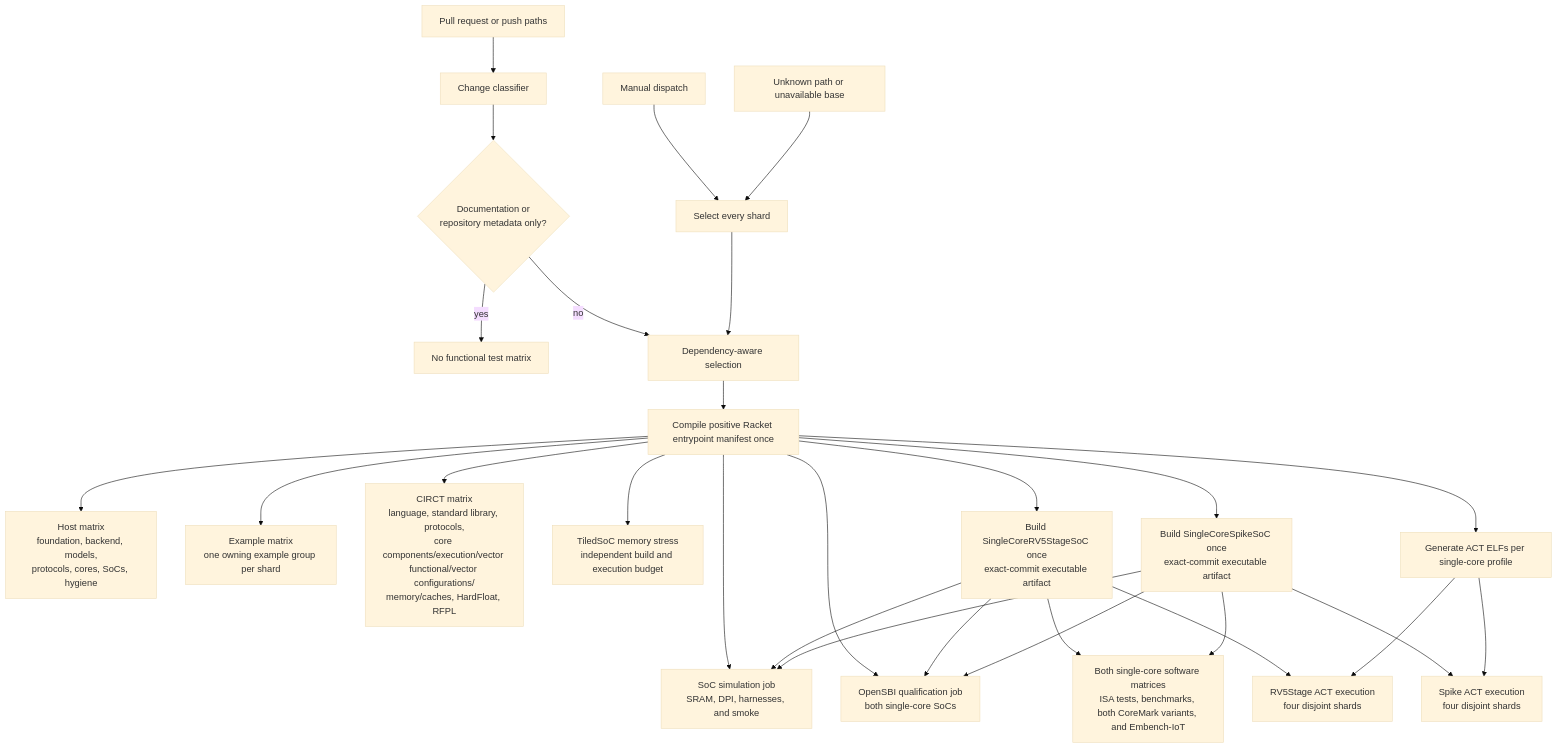
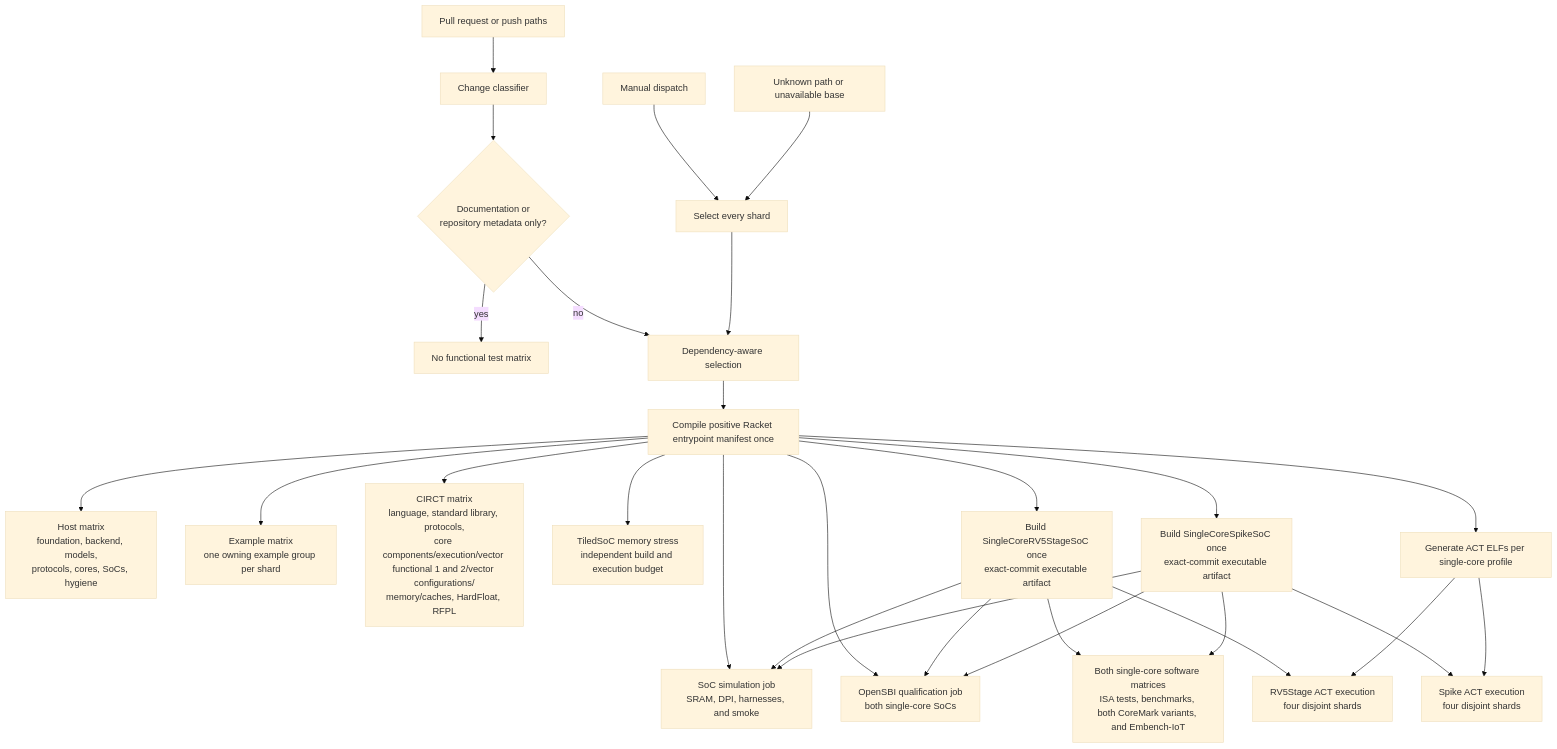
The diagram in tools/testing/DEVELOPING.md (jerryz123/rhodium), drawn with Mermaid (base theme) before and after one commit. The commit also changed other lines of this file and 6 other files, not shown here.

````diff
--- a/tools/testing/DEVELOPING.md
+++ b/tools/testing/DEVELOPING.md
@@ -87,30 +87,30 @@
 ```mermaid
 flowchart TD
     Changes["Pull request or push paths"] --> Classifier["Change classifier"]
     Manual["Manual dispatch"] --> All["Select every shard"]
     Unknown["Unknown path or unavailable base"] --> All
     Classifier --> Docs{"Documentation or<br/>repository metadata only?"}
     Docs -->|yes| None["No functional test matrix"]
     Docs -->|no| Selected["Dependency-aware selection"]
     All --> Selected
     Selected --> Compile["Compile positive Racket entrypoint manifest once"]
     Compile --> Host["Host matrix<br/>foundation, backend, models,<br/>protocols, cores, SoCs, hygiene"]
     Compile --> Examples["Example matrix<br/>one owning example group per shard"]
-    Compile --> CIRCT["CIRCT matrix<br/>language, standard library, protocols,<br/>core components/execution/vector functional/vector configurations/<br/>memory/caches, HardFloat, RFPL"]
+    Compile --> CIRCT["CIRCT matrix<br/>language, standard library, protocols,<br/>core components/execution/vector functional 1 and 2/vector configurations/<br/>memory/caches, HardFloat, RFPL"]
     Compile --> Simulation["SoC simulation job<br/>SRAM, DPI, harnesses, and smoke"]
     Compile --> OpenSBI["OpenSBI qualification job<br/>both single-core SoCs"]
     Compile --> TiledMemory["TiledSoC memory stress<br/>independent build and execution budget"]
     Compile --> SimpleBuild["Build SingleCoreRV5StageSoC once<br/>exact-commit executable artifact"]
     Compile --> SpikeBuild["Build SingleCoreSpikeSoC once<br/>exact-commit executable artifact"]
     SimpleBuild --> Simulation
     SpikeBuild --> Simulation
     SimpleBuild --> OpenSBI
     SpikeBuild --> OpenSBI
     SimpleBuild --> Programs["Both single-core software matrices<br/>ISA tests, benchmarks, both CoreMark variants, and Embench-IoT"]
     SpikeBuild --> Programs
     Compile --> ActBuild["Generate ACT ELFs per single-core profile"]
     SimpleBuild --> ActRun["RV5Stage ACT execution<br/>four disjoint shards"]
     SpikeBuild --> SpikeActRun["Spike ACT execution<br/>four disjoint shards"]
     ActBuild --> ActRun
     ActBuild --> SpikeActRun
 ```
````
